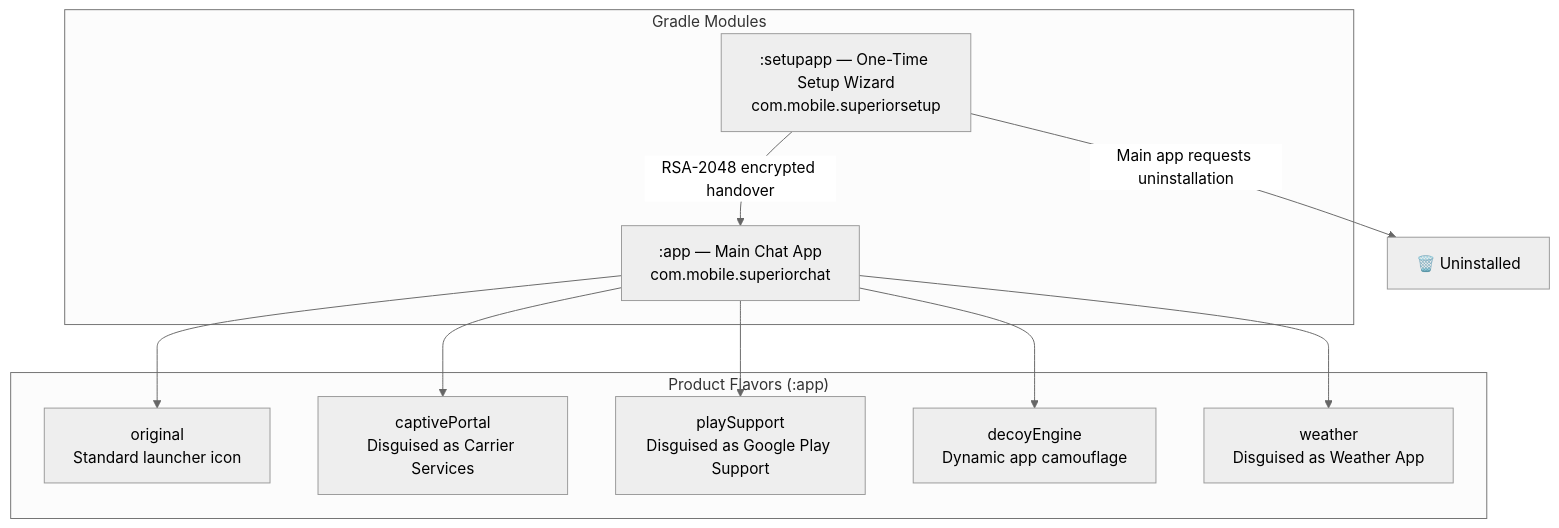
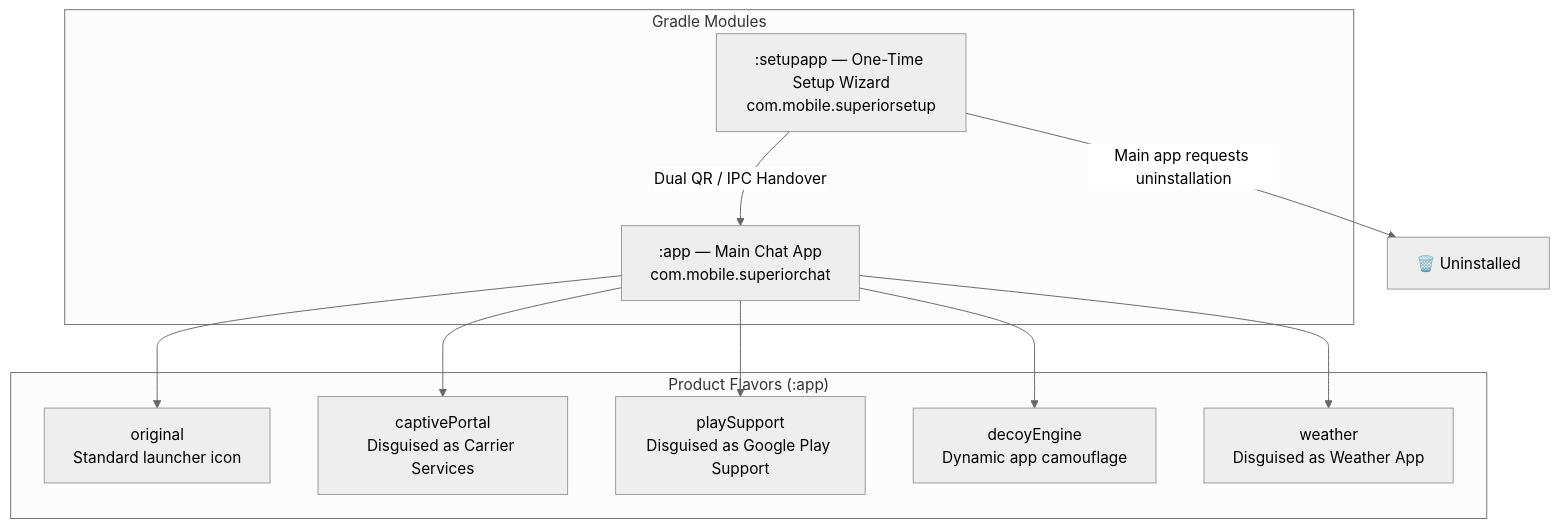
One commit to sandeshsahu/superiorchat changed the third of 6 diagrams in docs/Architecture.md. Above: the diagram before and after it, drawn with Mermaid (neutral theme). The commit also changed other lines of this file and 20 other files, not shown here.

First line of the commit message:
Version 1.0.4 Documentation Overhaul, Dual-Mode Setup Guides, and Architecture Realignment

````diff
--- a/docs/Architecture.md
+++ b/docs/Architecture.md
@@ -38,23 +56,23 @@
 ```mermaid
 graph TD
     subgraph "Gradle Modules"
         APP[":app — Main Chat App<br/>com.mobile.superiorchat"]
         SETUP[":setupapp — One-Time Setup Wizard<br/>com.mobile.superiorsetup"]
     end
     
     subgraph "Product Flavors (:app)"
         O["original<br/>Standard launcher icon"]
         CP["captivePortal<br/>Disguised as Carrier Services"]
         PS["playSupport<br/>Disguised as Google Play Support"]
         DE["decoyEngine<br/>Dynamic app camouflage"]
         WE["weather<br/>Disguised as Weather App"]
     end
 
     APP --> O
     APP --> CP
     APP --> PS
     APP --> DE
     APP --> WE
-    SETUP -->|"RSA-2048 encrypted handover"| APP
+    SETUP -->|"Dual QR / IPC Handover"| APP
     SETUP -->|"Main app requests uninstallation"| X["🗑️ Uninstalled"]
 ```
````
